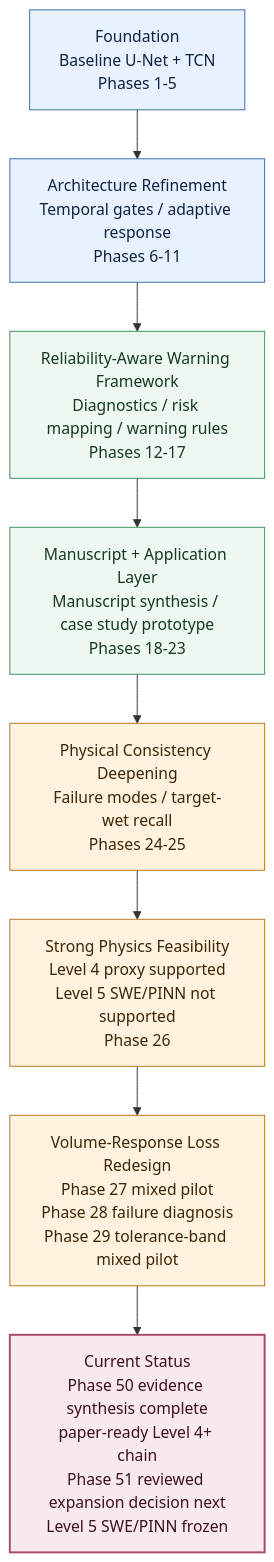
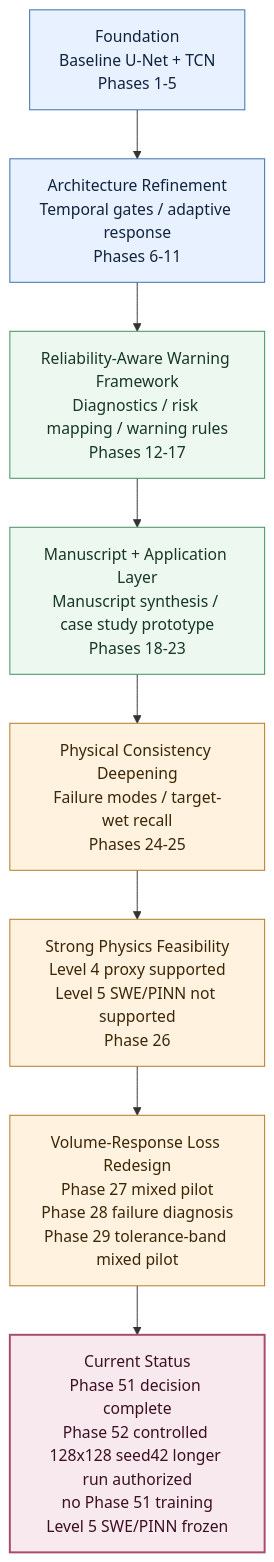
The second of 3 diagrams in README.md (HolyLin990604/physics-guided-urban-flood-prediction), drawn with Mermaid before and after one commit. The commit also changed other lines of this file and 2 other files, not shown here.

Commit message:
docs: sync phase51 reviewed expansion decision status

````diff
--- a/README.md
+++ b/README.md
@@ -28,18 +28,18 @@
 ```mermaid
 flowchart TB
     A["Foundation<br/>Baseline U-Net + TCN<br/>Phases 1-5"]:::foundation
     B["Architecture Refinement<br/>Temporal gates / adaptive response<br/>Phases 6-11"]:::foundation
     C["Reliability-Aware Warning Framework<br/>Diagnostics / risk mapping / warning rules<br/>Phases 12-17"]:::reliability
     D["Manuscript + Application Layer<br/>Manuscript synthesis / case study prototype<br/>Phases 18-23"]:::reliability
     E["Physical Consistency Deepening<br/>Failure modes / target-wet recall<br/>Phases 24-25"]:::physics
     F["Strong Physics Feasibility<br/>Level 4 proxy supported<br/>Level 5 SWE/PINN not supported<br/>Phase 26"]:::physics
     G["Volume-Response Loss Redesign<br/>Phase 27 mixed pilot<br/>Phase 28 failure diagnosis<br/>Phase 29 tolerance-band mixed pilot"]:::physics
-    H["Current Status<br/>Phase 50 evidence synthesis complete<br/>paper-ready Level 4+ chain<br/>Phase 51 reviewed expansion decision next<br/>Level 5 SWE/PINN frozen"]:::current
+    H["Current Status<br/>Phase 51 decision complete<br/>Phase 52 controlled 128x128 seed42 longer run authorized<br/>no Phase 51 training<br/>Level 5 SWE/PINN frozen"]:::current
 
     A --> B --> C --> D --> E --> F --> G --> H
 
     classDef foundation fill:#e8f1ff,stroke:#3b6ea8,stroke-width:1px,color:#10233f
     classDef reliability fill:#edf8f1,stroke:#3f8f5f,stroke-width:1px,color:#173824
     classDef physics fill:#fff3df,stroke:#b77722,stroke-width:1px,color:#3d2608
     classDef current fill:#f7e9ee,stroke:#a84b6b,stroke-width:2px,color:#3d1021
 ```
````
